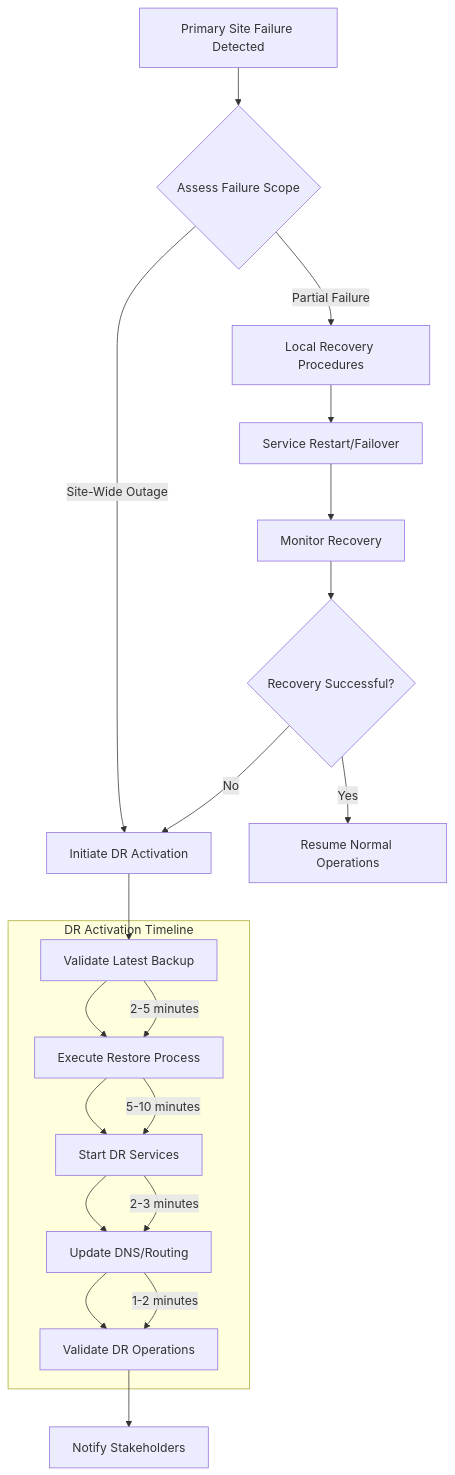
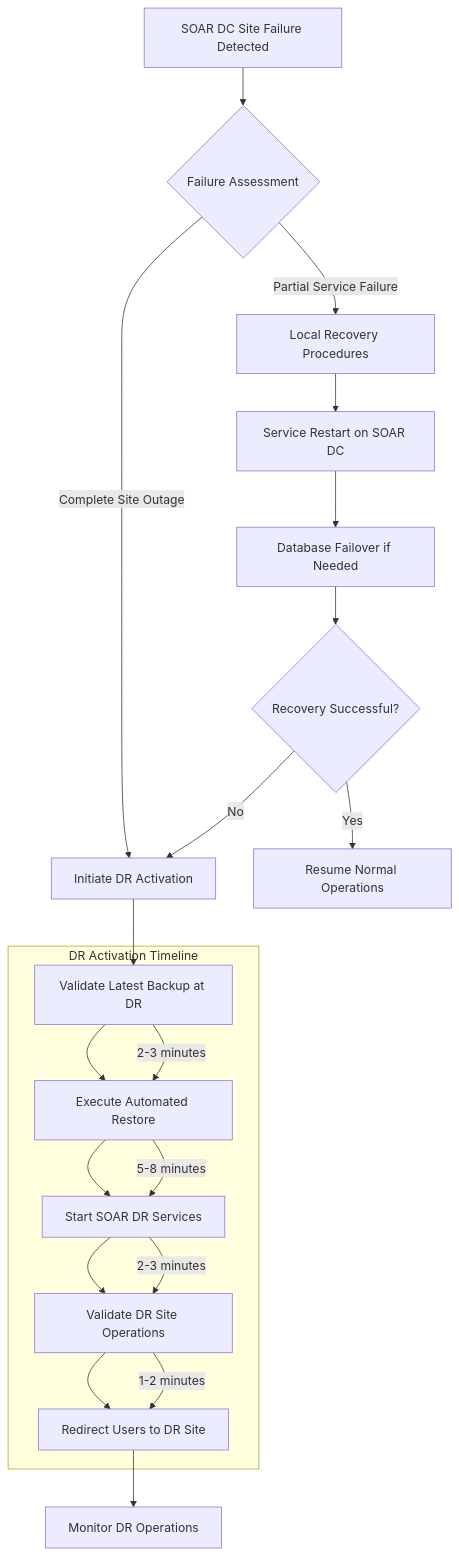
The sixth of 8 diagrams in HA_DR_Architecture_Documentation.md (Vishwa0220/customers-docs), drawn with Mermaid before and after one commit. The commit also changed other lines of this file, not shown here.

````diff
--- a/HA_DR_Architecture_Documentation.md
+++ b/HA_DR_Architecture_Documentation.md
@@ -481,26 +382,26 @@
 ```mermaid
 graph TD
-    A[Primary Site Failure Detected] --> B{Assess Failure Scope}
-    B -->|Site-Wide Outage| C[Initiate DR Activation]
-    B -->|Partial Failure| D[Local Recovery Procedures]
+    A[SOAR DC Site Failure Detected] --> B{Failure Assessment}
+    B -->|Complete Site Outage| C[Initiate DR Activation]
+    B -->|Partial Service Failure| D[Local Recovery Procedures]
     
-    C --> E[Validate Latest Backup]
-    E --> F[Execute Restore Process]
-    F --> G[Start DR Services]
-    G --> H[Update DNS/Routing]
-    H --> I[Validate DR Operations]
-    I --> J[Notify Stakeholders]
+    C --> E[Validate Latest Backup at DR]
+    E --> F[Execute Automated Restore]
+    F --> G[Start SOAR DR Services]
+    G --> H[Validate DR Site Operations]
+    H --> I[Redirect Users to DR Site]
+    I --> J[Monitor DR Operations]
     
-    D --> K[Service Restart/Failover]
-    K --> L[Monitor Recovery]
+    D --> K[Service Restart on SOAR DC]
+    K --> L[Database Failover if Needed]
     L --> M{Recovery Successful?}
     M -->|Yes| N[Resume Normal Operations]
     M -->|No| C
     
     subgraph "DR Activation Timeline"
-        E --> |2-5 minutes| F
-        F --> |5-10 minutes| G
+        E --> |2-3 minutes| F
+        F --> |5-8 minutes| G
         G --> |2-3 minutes| H
         H --> |1-2 minutes| I
     end
 ```
````
